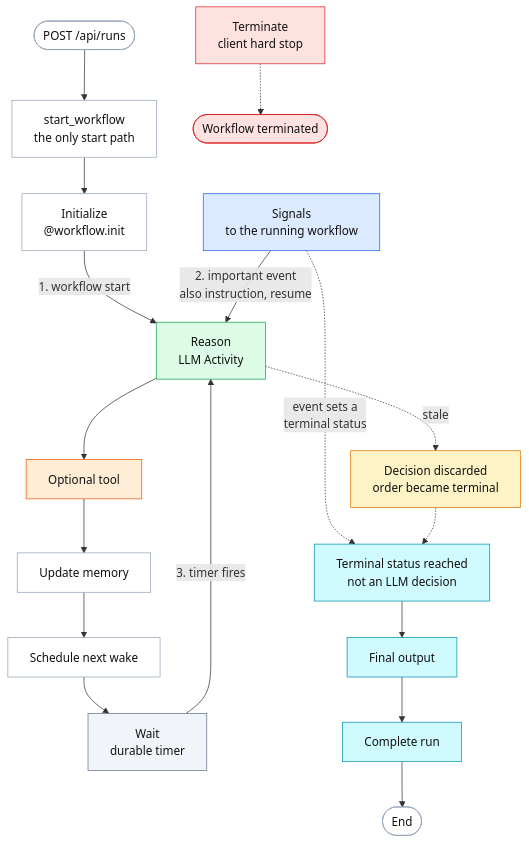
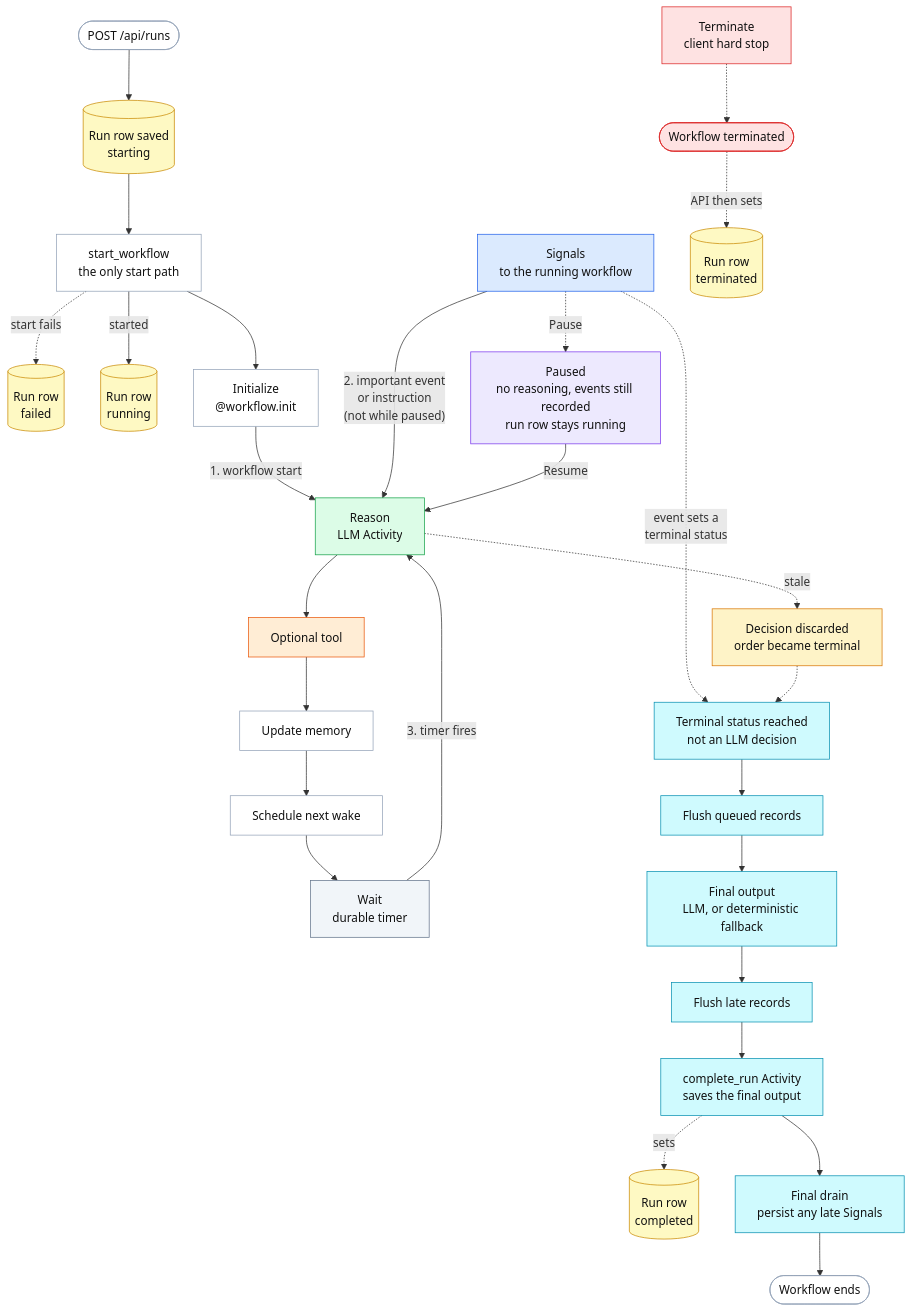
One commit to averagecoder4088/AI-supervisor changed the second of 4 diagrams in README.md. Above: the diagram before and after it, drawn with Mermaid. The commit also changed other lines of this file, not shown here.

First line of the commit message:
Clarify workflow lifecycle and wake diagrams

````diff
--- a/README.md
+++ b/README.md
@@ -94,37 +94,52 @@
 ```mermaid
 flowchart TB
-    create(["POST /api/runs"]) --> start["start_workflow<br/>the only start path"]
+    create(["POST /api/runs"]) --> row1[("Run row saved<br/>starting")]
+    row1 --> start["start_workflow<br/>the only start path"]
+    start -.->|"start fails"| rowf[("Run row<br/>failed")]
+    start -->|"started"| row2[("Run row<br/>running")]
     start --> init["Initialize<br/>@workflow.init"]
     init -->|"1. workflow start"| reason["Reason<br/>LLM Activity"]
-    signals["Signals<br/>to the running workflow"] -->|"2. important event<br/>also instruction, resume"| reason
+    signals["Signals<br/>to the running workflow"] -->|"2. important event<br/>or instruction<br/>(not while paused)"| reason
     wait["Wait<br/>durable timer"] -->|"3. timer fires"| reason
     reason --> tool["Optional tool"]
     tool --> memory["Update memory"]
     memory --> schedule["Schedule next wake"]
     schedule --> wait
 
+    signals -.->|"Pause"| paused["Paused<br/>no reasoning, events still recorded<br/>run row stays running"]
+    paused -->|"Resume"| reason
+
     signals -.->|"event sets a<br/>terminal status"| terminal["Terminal status reached<br/>not an LLM decision"]
     reason -.->|"stale"| discard["Decision discarded<br/>order became terminal"]
     discard -.-> terminal
-    terminal --> final["Final output"]
-    final --> complete["Complete run"]
-    complete --> done(["End"])
+    terminal --> flush1["Flush queued records"]
+    flush1 --> final["Final output<br/>LLM, or deterministic fallback"]
+    final --> flush2["Flush late records"]
+    flush2 --> complete["complete_run Activity<br/>saves the final output"]
+    complete -.->|"sets"| rowc[("Run row<br/>completed")]
+    complete --> drain["Final drain<br/>persist any late Signals"]
+    drain --> done(["Workflow ends"])
     stop["Terminate<br/>client hard stop"] -.-> halted(["Workflow terminated"])
+    halted -.->|"API then sets"| rowt[("Run row<br/>terminated")]
 
     classDef sig fill:#dbeafe,stroke:#2563eb,color:#111
     classDef llmc fill:#dcfce7,stroke:#16a34a,color:#111
     classDef toolc fill:#ffedd5,stroke:#ea580c,color:#111
     classDef sleep fill:#f1f5f9,stroke:#64748b,color:#111
+    classDef pausec fill:#ede9fe,stroke:#7c3aed,color:#111
     classDef term fill:#cffafe,stroke:#0891b2,color:#111
     classDef stopc fill:#fee2e2,stroke:#dc2626,color:#111
     classDef stale fill:#fef3c7,stroke:#d97706,color:#111
+    classDef rowc fill:#fef9c3,stroke:#ca8a04,color:#111
     classDef step fill:#ffffff,stroke:#94a3b8,color:#111
     class discard stale
     class signals sig
     class reason llmc
     class tool toolc
     class wait sleep
-    class terminal,final,complete term
+    class paused pausec
+    class terminal,flush1,final,flush2,complete,drain term
     class stop,halted stopc
+    class row1,row2,rowf,rowc,rowt rowc
     class create,start,init,memory,schedule,done step
 ```
````
